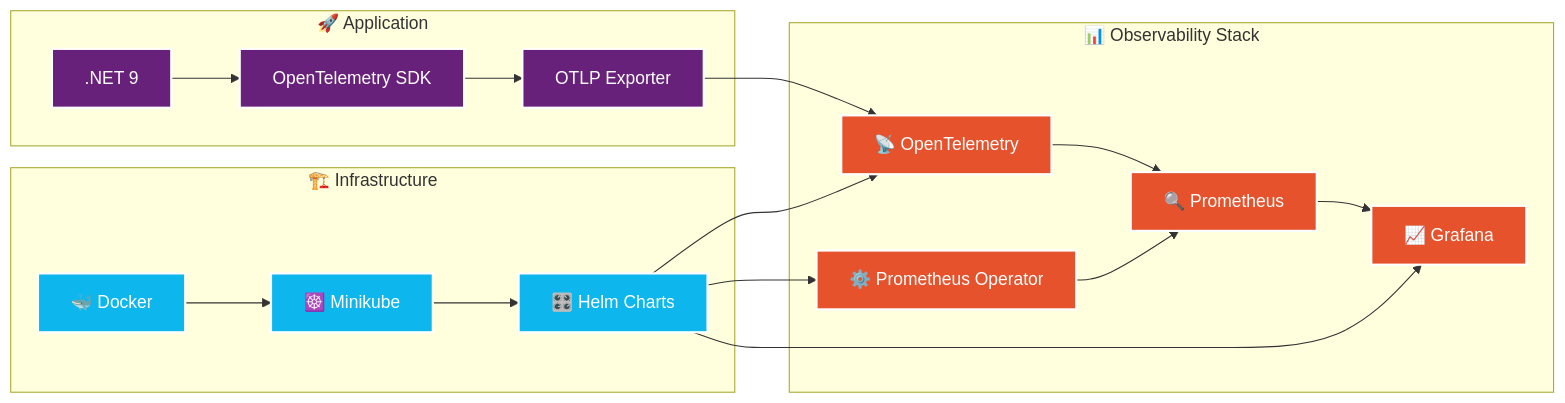
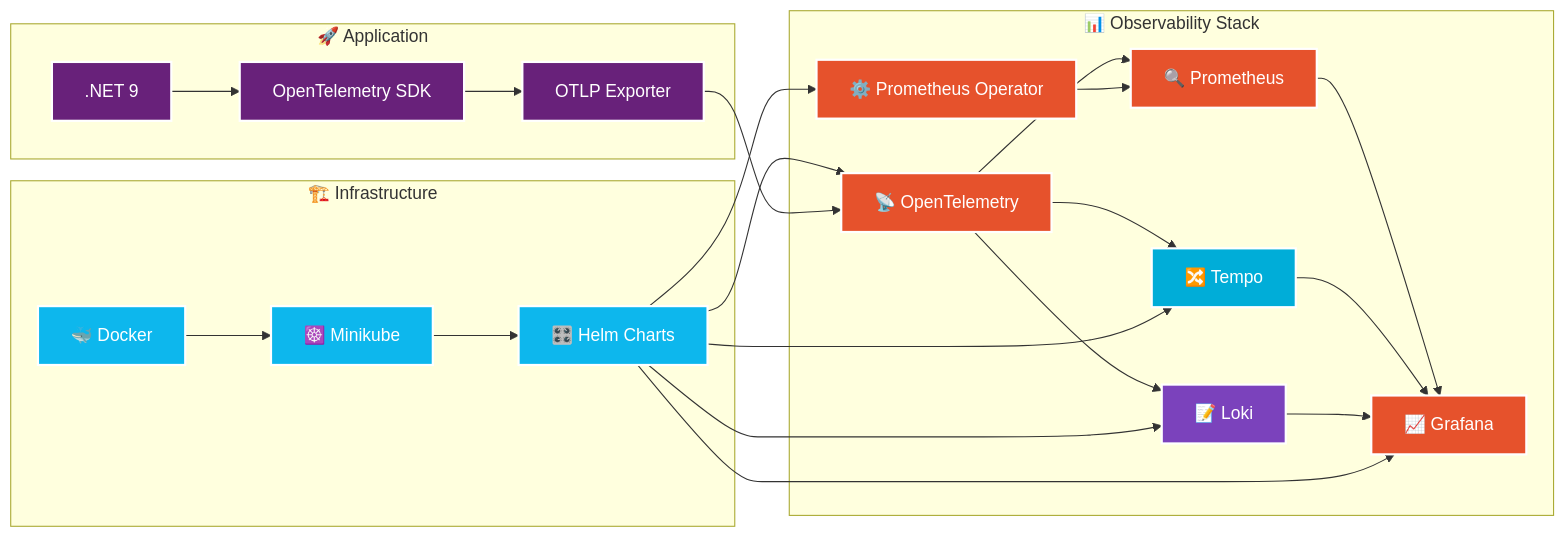
The fourth of 4 diagrams in architecture-diagram.md (RubenGomGar/monitoring-workshop), drawn with Mermaid before and after one commit. The commit also changed other lines of this file, not shown here.

Commit message:
Update arch diagrams

````diff
--- a/architecture-diagram.md
+++ b/architecture-diagram.md
@@ -174,32 +203,42 @@
 ```mermaid
 graph LR
     subgraph "🏗️ Infrastructure"
         A[🐳 Docker] --> B[☸️ Minikube]
         B --> C[🎛️ Helm Charts]
     end
     
     subgraph "📊 Observability Stack"
         D[📡 OpenTelemetry] --> E[🔍 Prometheus]
+        D --> H[🔀 Tempo]
+        D --> I[📝 Loki]
         E --> F[📈 Grafana]
+        H --> F
+        I --> F
         G[⚙️ Prometheus Operator] --> E
     end
     
     subgraph "🚀 Application"
-        H[.NET 9] --> I[OpenTelemetry SDK]
-        I --> J[OTLP Exporter]
+        J[.NET 9] --> K[OpenTelemetry SDK]
+        K --> L[OTLP Exporter]
     end
     
     C --> D
     C --> G
     C --> F
-    J --> D
+    C --> H
+    C --> I
+    L --> D
 
     %% Styles
     classDef infra fill:#0db7ed,stroke:#ffffff,stroke-width:2px,color:#ffffff
     classDef obs fill:#E6522C,stroke:#ffffff,stroke-width:2px,color:#ffffff
     classDef app fill:#68217A,stroke:#ffffff,stroke-width:2px,color:#ffffff
+    classDef tempo fill:#00ADD8,stroke:#ffffff,stroke-width:2px,color:#ffffff
+    classDef loki fill:#7B42BC,stroke:#ffffff,stroke-width:2px,color:#ffffff
     
     class A,B,C infra
     class D,E,F,G obs
-    class H,I,J app
+    class J,K,L app
+    class H tempo
+    class I loki
 ```
````
